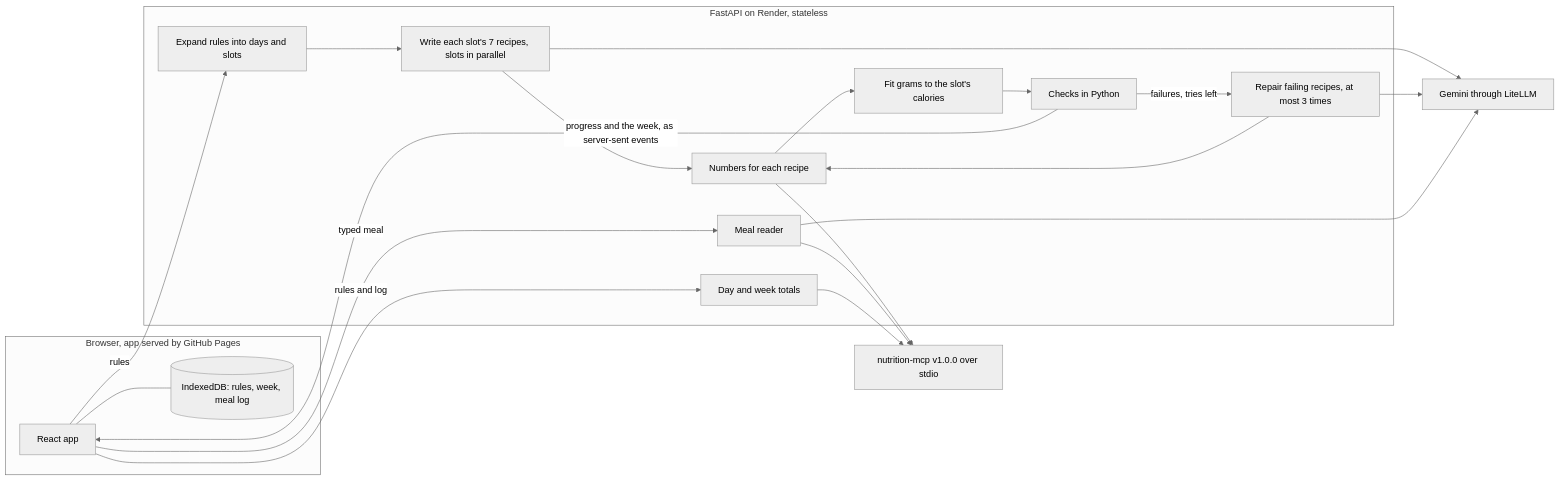
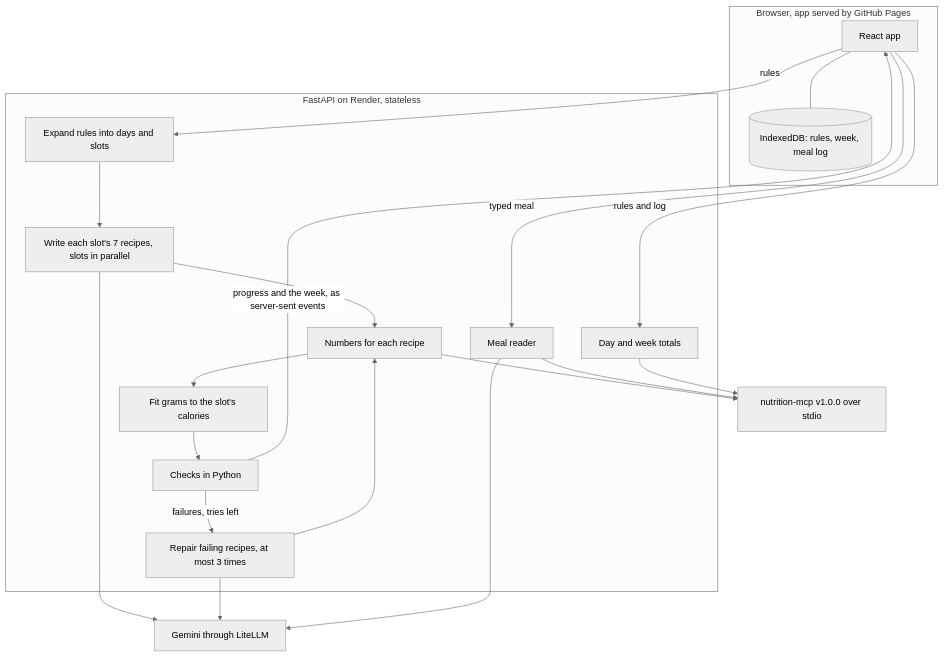
Before and after one commit to Varun-Kambali/meal-planner-agents: the diagram in README.md, drawn with Mermaid (neutral theme).

Commit message:
docs: draw the README's architecture top to bottom

````diff
--- a/README.md
+++ b/README.md
@@ -72,37 +72,37 @@
 ```mermaid
-flowchart LR
+flowchart TD
   subgraph pages[Browser, app served by GitHub Pages]
     App[React app]
     Store[(IndexedDB: rules, week, meal log)]
     App --- Store
   end
   subgraph render[FastAPI on Render, stateless]
     Expand[Expand rules into days and slots]
     Write[Write each slot's 7 recipes, slots in parallel]
     Numbers[Numbers for each recipe]
     Fit[Fit grams to the slot's calories]
     Check[Checks in Python]
     Repair[Repair failing recipes, at most 3 times]
     Reader[Meal reader]
     Totals[Day and week totals]
   end
   NM[nutrition-mcp v1.0.0 over stdio]
   Model[Gemini through LiteLLM]
 
   App -- "rules" --> Expand
   Expand --> Write
   Write --> Numbers
   Numbers --> Fit
   Fit --> Check
   Check -- "failures, tries left" --> Repair
   Repair --> Numbers
   Check -- "progress and the week, as server-sent events" --> App
   App -- "typed meal" --> Reader
   App -- "rules and log" --> Totals
   Write --> Model
   Repair --> Model
   Reader --> Model
   Numbers --> NM
   Reader --> NM
   Totals --> NM
 ```
````
